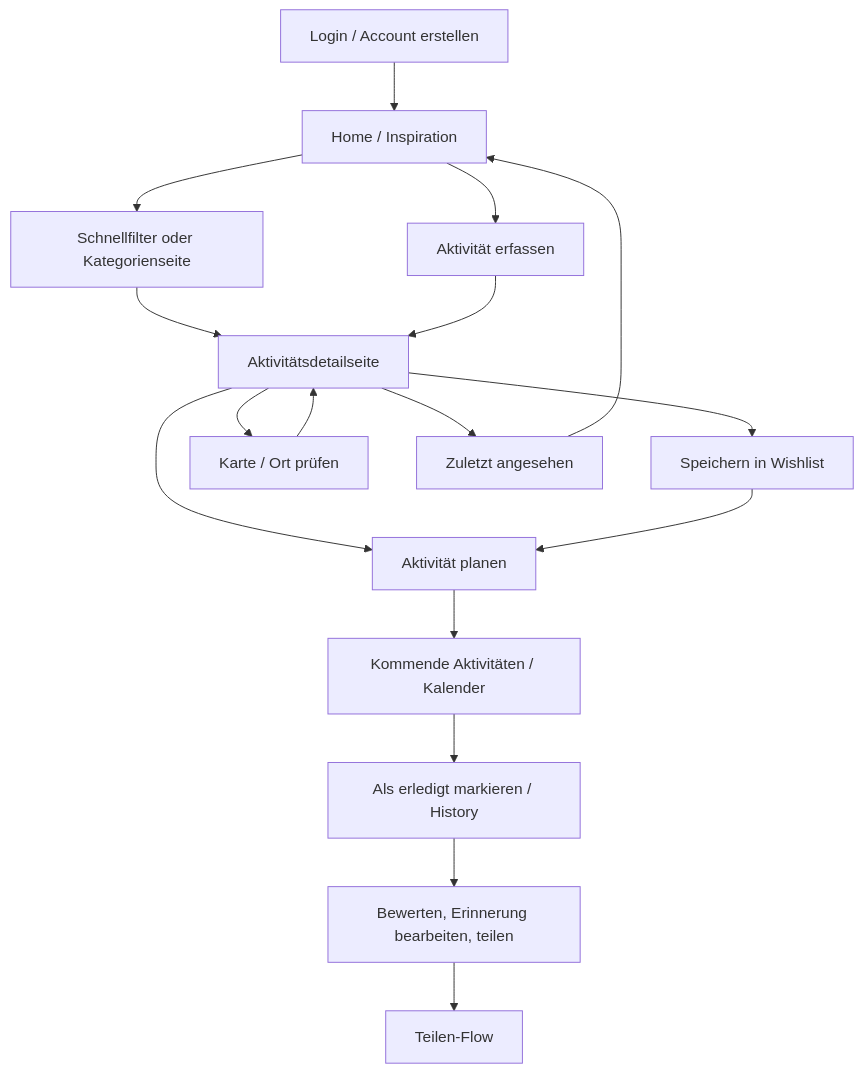
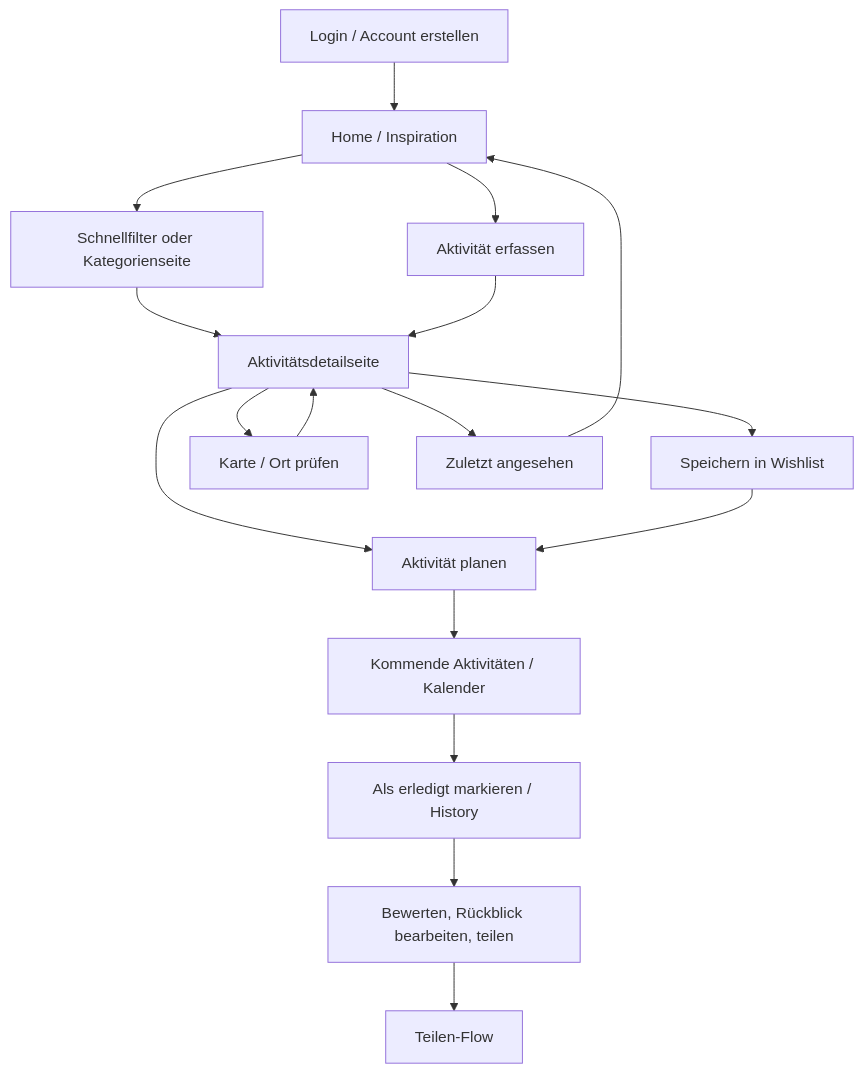
The first of 3 diagrams in README.md (schjan06/Projekt_DatePlanner), drawn with Mermaid before and after one commit. The commit also changed other lines of this file and 15 other files, not shown here.

````diff
--- a/README.md
+++ b/README.md
@@ -125,20 +125,20 @@
 ```mermaid
 flowchart TD
     Start["Login / Account erstellen"] --> Home["Home / Inspiration"]
     Home --> Filters["Schnellfilter oder Kategorienseite"]
     Filters --> Detail["Aktivitätsdetailseite"]
     Detail --> Wishlist["Speichern in Wishlist"]
     Detail --> Plan["Aktivität planen"]
     Wishlist --> Plan
     Plan --> Upcoming["Kommende Aktivitäten / Kalender"]
     Upcoming --> History["Als erledigt markieren / History"]
-    History --> Review["Bewerten, Erinnerung bearbeiten, teilen"]
+    History --> Review["Bewerten, Rückblick bearbeiten, teilen"]
     Review --> Community["Teilen-Flow"]
 
     Detail --> Map["Karte / Ort prüfen"]
     Map --> Detail
     Home --> Create["Aktivität erfassen"]
     Create --> Detail
     Detail --> Recent["Zuletzt angesehen"]
     Recent --> Home
 ```
````
